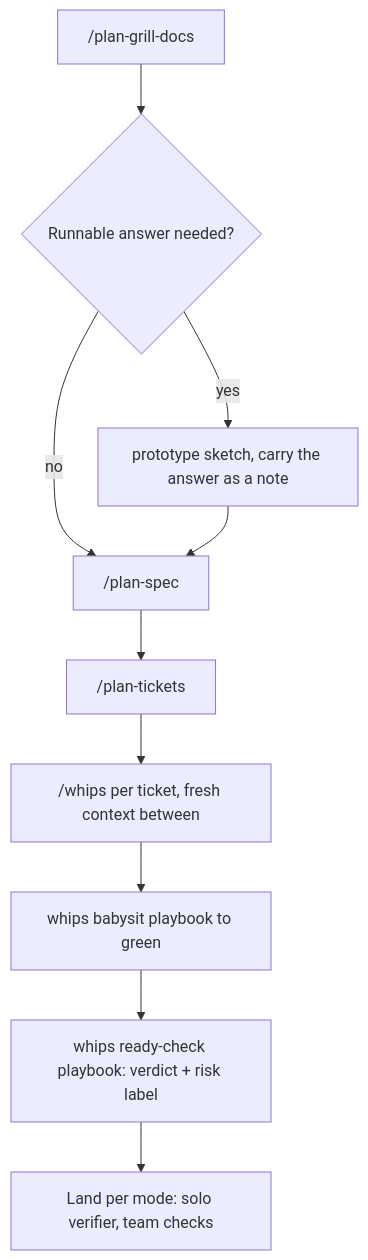
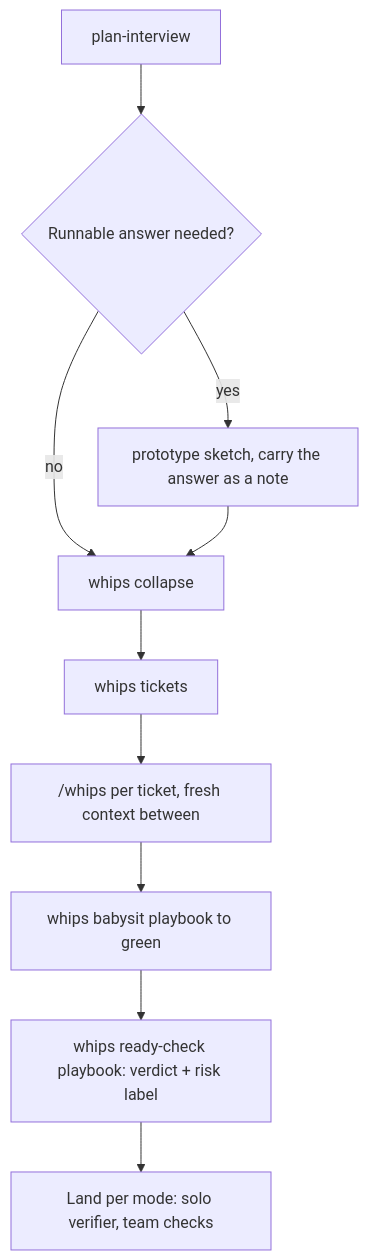
Before and after one commit to TudeOrangBiasa/skills-for-agents: the third of 6 diagrams in skills/user-invoked/guide/COOKBOOK.md, drawn with Mermaid. The commit also changed other lines of this file and 40 other files, not shown here.

Commit message:
docs: repoint router, aliases, setup, and stubs at whips-first flow

````diff
--- a/skills/user-invoked/guide/COOKBOOK.md
+++ b/skills/user-invoked/guide/COOKBOOK.md
@@ -46,9 +46,9 @@
 ```mermaid
 flowchart TD
-    D["/plan-grill-docs"] --> Q{"Runnable answer needed?"}
+    D["plan-interview"] --> Q{"Runnable answer needed?"}
     Q -->|yes| P["prototype sketch, carry the answer as a note"]
-    Q -->|no| S["/plan-spec"]
+    Q -->|no| S["whips collapse"]
     P --> S
-    S --> T["/plan-tickets"] --> W["/whips per ticket, fresh context between"]
+    S --> T["whips tickets"] --> W["/whips per ticket, fresh context between"]
     W --> B["whips babysit playbook to green"] --> R["whips ready-check playbook: verdict + risk label"] --> M["Land per mode: solo verifier, team checks"]
 ```
````
